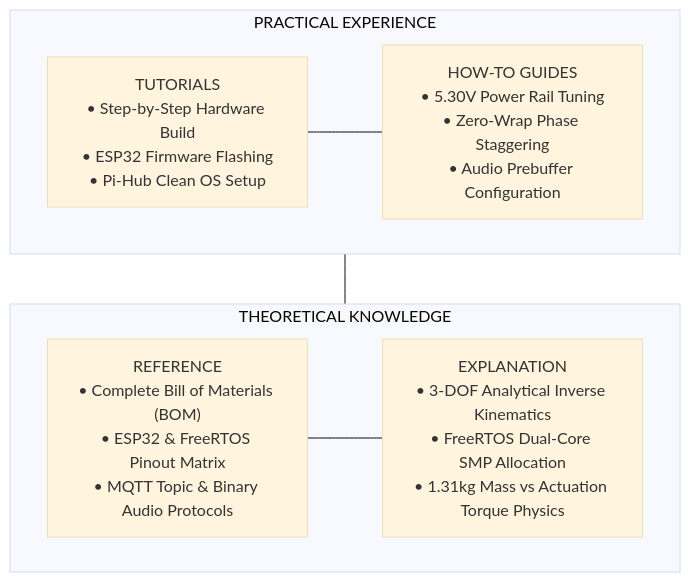
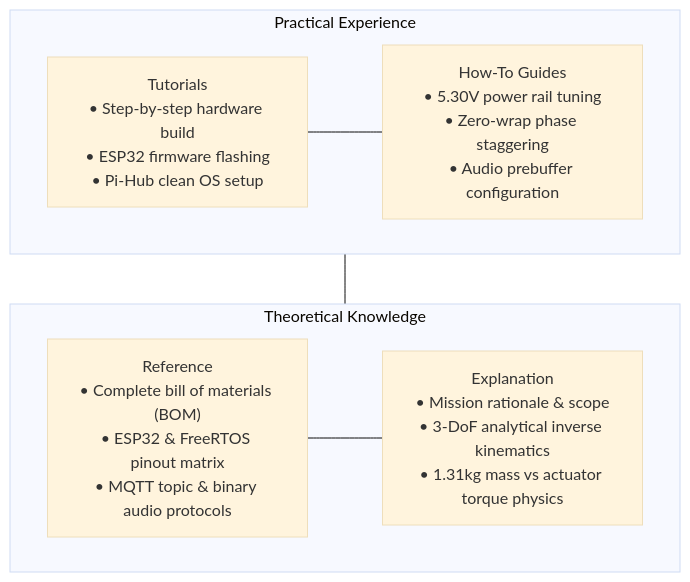
Before and after one commit to GrrGrrMan/spider-blog: the third of 3 diagrams in src/content/docs/01-system-overview.md, drawn with Mermaid (base theme). The commit also changed other lines of this file and 39 other files, not shown here.

````diff
--- a/src/content/docs/01-system-overview.md
+++ b/src/content/docs/01-system-overview.md
@@ -73,18 +99,18 @@
 ```mermaid
 flowchart TD
-    subgraph Practical ["PRACTICAL EXPERIENCE"]
+    subgraph Practical ["Practical Experience"]
         direction LR
-        TUT["TUTORIALS<br/>• Step-by-Step Hardware Build<br/>• ESP32 Firmware Flashing<br/>• Pi-Hub Clean OS Setup"]
-        HOW["HOW-TO GUIDES<br/>• 5.30V Power Rail Tuning<br/>• Zero-Wrap Phase Staggering<br/>• Audio Prebuffer Configuration"]
+        TUT["Tutorials<br/>• Step-by-step hardware build<br/>• ESP32 firmware flashing<br/>• Pi-Hub clean OS setup"]
+        HOW["How-To Guides<br/>• 5.30V power rail tuning<br/>• Zero-wrap phase staggering<br/>• Audio prebuffer configuration"]
     end
 
-    subgraph Theoretical ["THEORETICAL KNOWLEDGE"]
+    subgraph Theoretical ["Theoretical Knowledge"]
         direction LR
-        REF["REFERENCE<br/>• Complete Bill of Materials (BOM)<br/>• ESP32 & FreeRTOS Pinout Matrix<br/>• MQTT Topic & Binary Audio Protocols"]
-        EXP["EXPLANATION<br/>• 3-DOF Analytical Inverse Kinematics<br/>• FreeRTOS Dual-Core SMP Allocation<br/>• 1.31kg Mass vs Actuation Torque Physics"]
+        REF["Reference<br/>• Complete bill of materials (BOM)<br/>• ESP32 & FreeRTOS pinout matrix<br/>• MQTT topic & binary audio protocols"]
+        EXP["Explanation<br/>• Mission rationale & scope<br/>• 3-DoF analytical inverse kinematics<br/>• 1.31kg mass vs actuator torque physics"]
     end
 
     TUT --- HOW
     REF --- EXP
     Practical --- Theoretical
 ```
````
